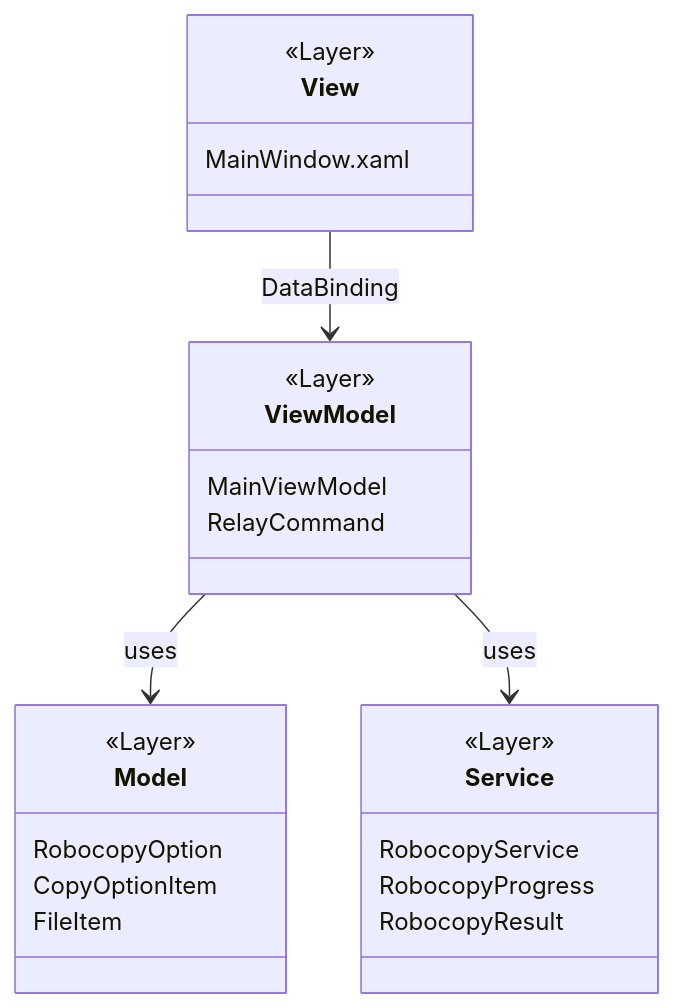
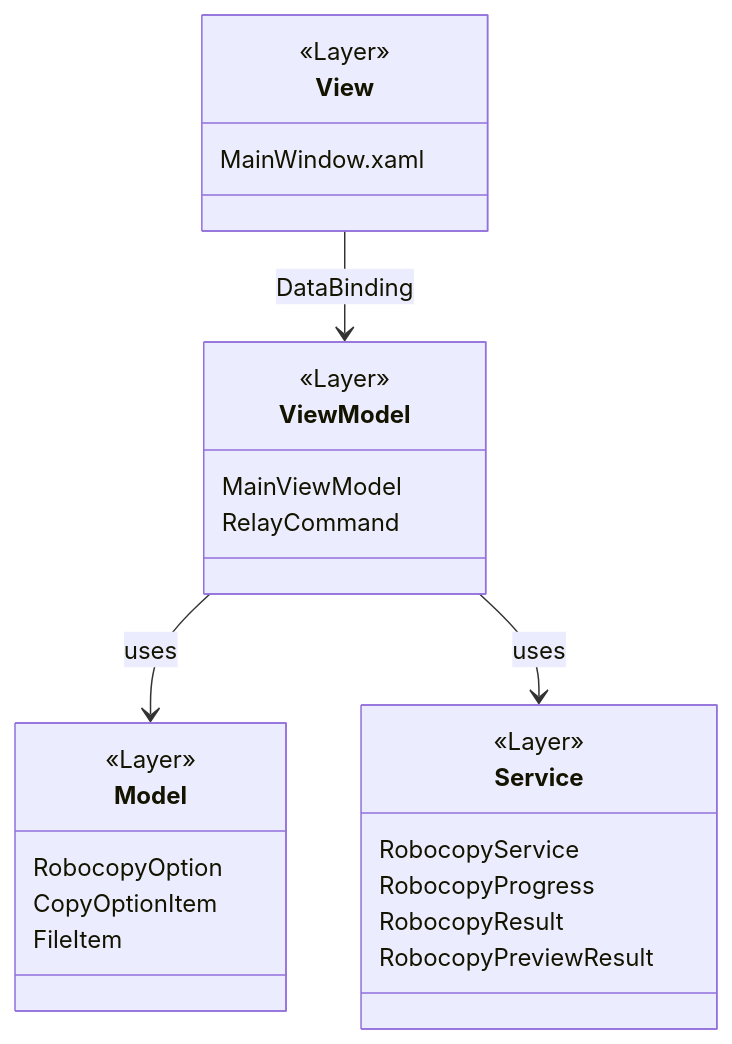
Before and after one commit to hn770123/GUI-robocopy: the second of 3 diagrams in docs/class-diagram.md, drawn with Mermaid. The commit also changed other lines of this file and 4 other files, not shown here.

````diff
--- a/docs/class-diagram.md
+++ b/docs/class-diagram.md
@@ -134,33 +146,34 @@
 ```mermaid
 classDiagram
     direction TB
     
     class View {
         <<Layer>>
         MainWindow.xaml
     }
     
     class ViewModel {
         <<Layer>>
         MainViewModel
         RelayCommand
     }
     
     class Model {
         <<Layer>>
         RobocopyOption
         CopyOptionItem
         FileItem
     }
     
     class Service {
         <<Layer>>
         RobocopyService
         RobocopyProgress
         RobocopyResult
+        RobocopyPreviewResult
     }
     
     View --> ViewModel : DataBinding
     ViewModel --> Model : uses
     ViewModel --> Service : uses
 ```
````
